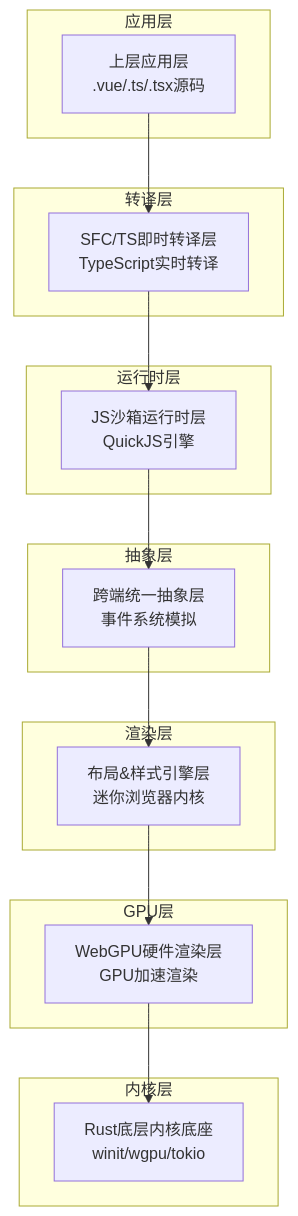
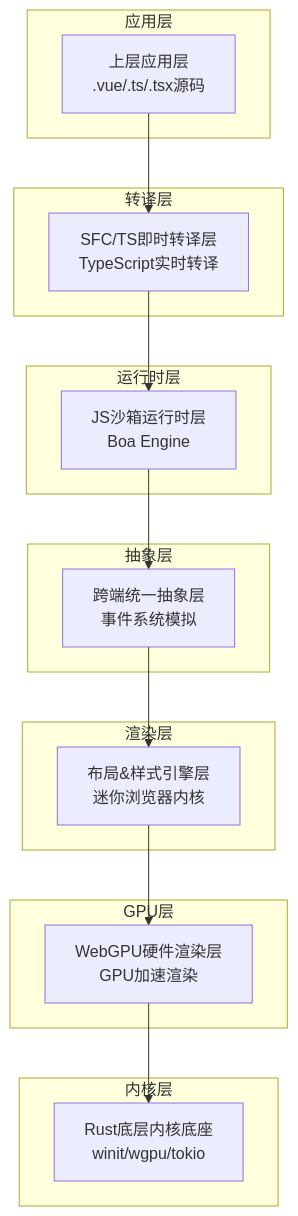
One commit to itszzl-sudo/iris changed the diagram in .qoder/repowiki/zh/content/项目概述/核心功能与优势.md. Above: the diagram before and after it, drawn with Mermaid. The commit also changed other lines of this file and 55 other files, not shown here.

````diff
--- a/.qoder/repowiki/zh/content/项目概述/核心功能与优势.md
+++ b/.qoder/repowiki/zh/content/项目概述/核心功能与优势.md
@@ -141,30 +157,30 @@
 ```mermaid
 graph TB
 subgraph "应用层"
 App["上层应用层<br/>.vue/.ts/.tsx源码"]
 end
 subgraph "转译层"
 Trans["SFC/TS即时转译层<br/>TypeScript实时转译"]
 end
 subgraph "运行时层"
-Runtime["JS沙箱运行时层<br/>QuickJS引擎"]
+Runtime["JS沙箱运行时层<br/>Boa Engine"]
 end
 subgraph "抽象层"
 Abstraction["跨端统一抽象层<br/>事件系统模拟"]
 end
 subgraph "渲染层"
 Layout["布局&样式引擎层<br/>迷你浏览器内核"]
 end
 subgraph "GPU层"
 GPU["WebGPU硬件渲染层<br/>GPU加速渲染"]
 end
 subgraph "内核层"
 Kernel["Rust底层内核底座<br/>winit/wgpu/tokio"]
 end
 App --> Trans
 Trans --> Runtime
 Runtime --> Abstraction
 Abstraction --> Layout
 Layout --> GPU
 GPU --> Kernel
 ```
````
